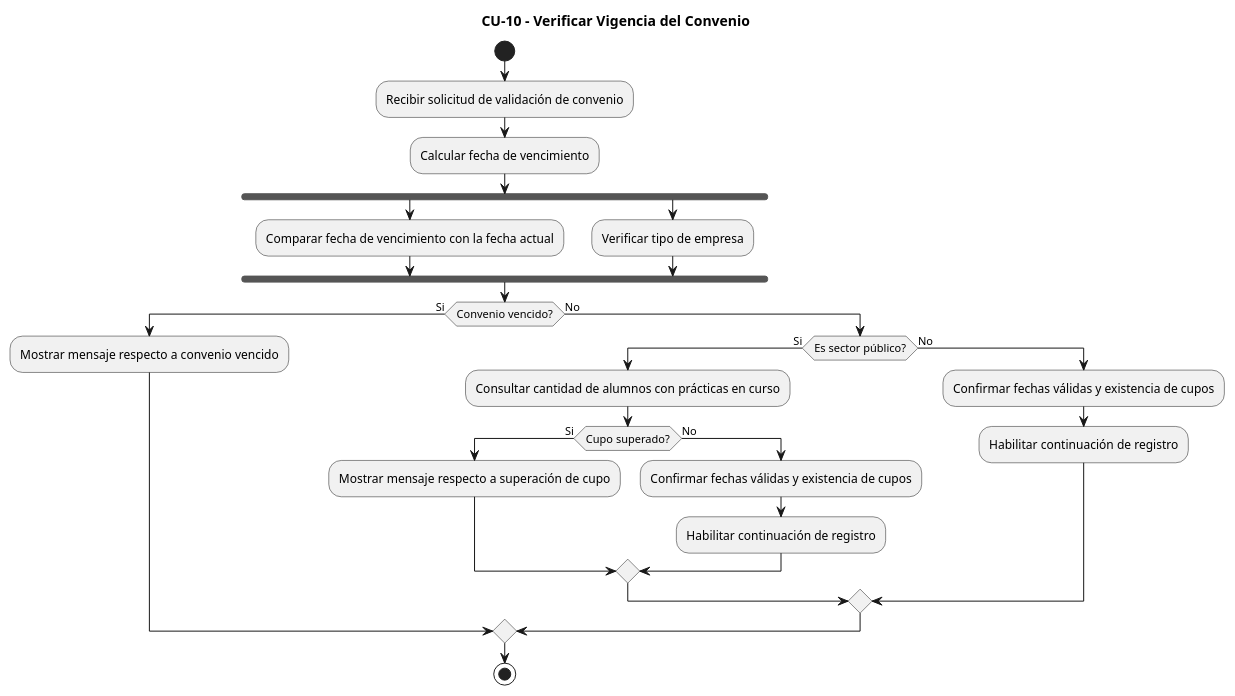
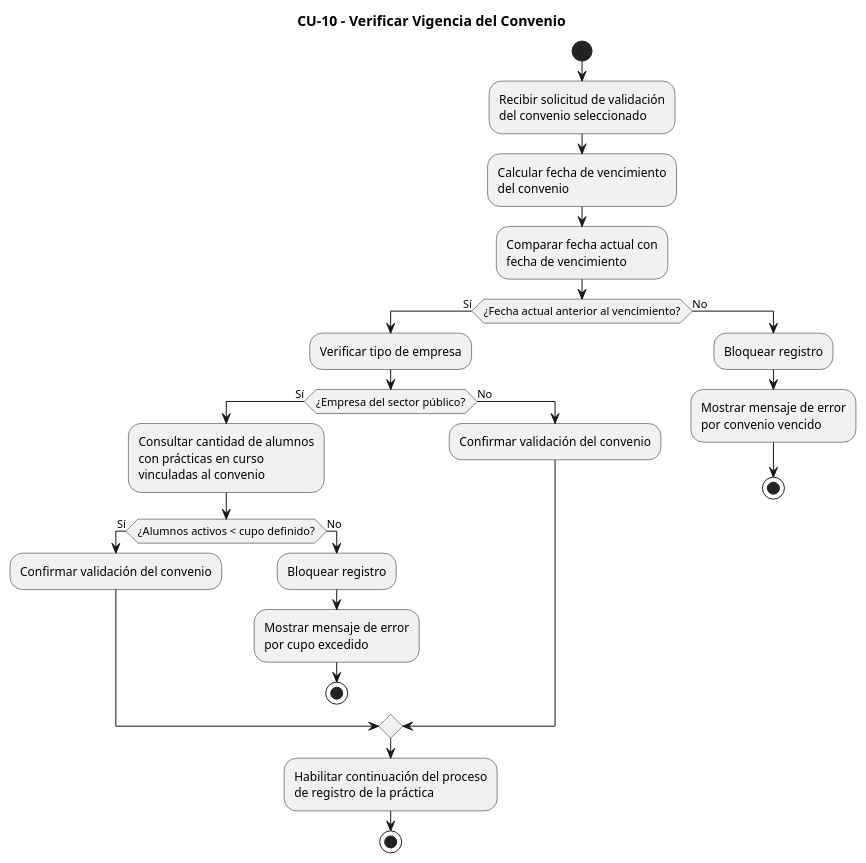
The diagram in diagramas-de-actividad-puml/diagrama-actividad-cu10.puml (h3l333/proyecto-uppa), drawn with PlantUML before and after one commit. The commit also changed 15 other files, not shown here.

Commit message:
Enmienda diagramas de actividad

```diff
--- a/diagramas-de-actividad-puml/diagrama-actividad-cu10.puml
+++ b/diagramas-de-actividad-puml/diagrama-actividad-cu10.puml
@@ -1,32 +1,49 @@
-@startuml Diagrama_Actividad_CU10
+@startuml
 title CU-10 - Verificar Vigencia del Convenio
 
-|Sistema|
+|Sistema de Gestión de Prácticas UPPA|
 start
-:Recibir solicitud de validación de convenio;
-:Calcular fecha de vencimiento;
-fork
-  :Comparar fecha de vencimiento con la fecha actual;
-fork again
+
+:Recibir solicitud de validación
+del convenio seleccionado;
+
+:Calcular fecha de vencimiento
+del convenio;
+
+:Comparar fecha actual con
+fecha de vencimiento;
+
+if (¿Fecha actual anterior al vencimiento?) then (Sí)
+
   :Verificar tipo de empresa;
-end fork
 
-if (Convenio vencido?) then (Si)
-  :Mostrar mensaje respecto a convenio vencido;
+  if (¿Empresa del sector público?) then (Sí)
+
+    :Consultar cantidad de alumnos
+    con prácticas en curso
+    vinculadas al convenio;
+
+    if (¿Alumnos activos < cupo definido?) then (Sí)
+      :Confirmar validación del convenio;
+    else (No)
+      :Bloquear registro;
+      :Mostrar mensaje de error
+      por cupo excedido;
+      stop
+    endif
+
+  else (No)
+    :Confirmar validación del convenio;
+  endif
+
+  :Habilitar continuación del proceso
+  de registro de la práctica;
+  stop
+
 else (No)
-  if (Es sector público?) then (Si)
-    :Consultar cantidad de alumnos con prácticas en curso;
-    if (Cupo superado?) then (Si)
-      :Mostrar mensaje respecto a superación de cupo;
-    else (No)
-      :Confirmar fechas válidas y existencia de cupos;
-      :Habilitar continuación de registro;
-    endif
-  else (No)
-    :Confirmar fechas válidas y existencia de cupos;
-    :Habilitar continuación de registro;
-  endif
+  :Bloquear registro;
+  :Mostrar mensaje de error
+  por convenio vencido;
+  stop
 endif
-stop
-
 @enduml
```
